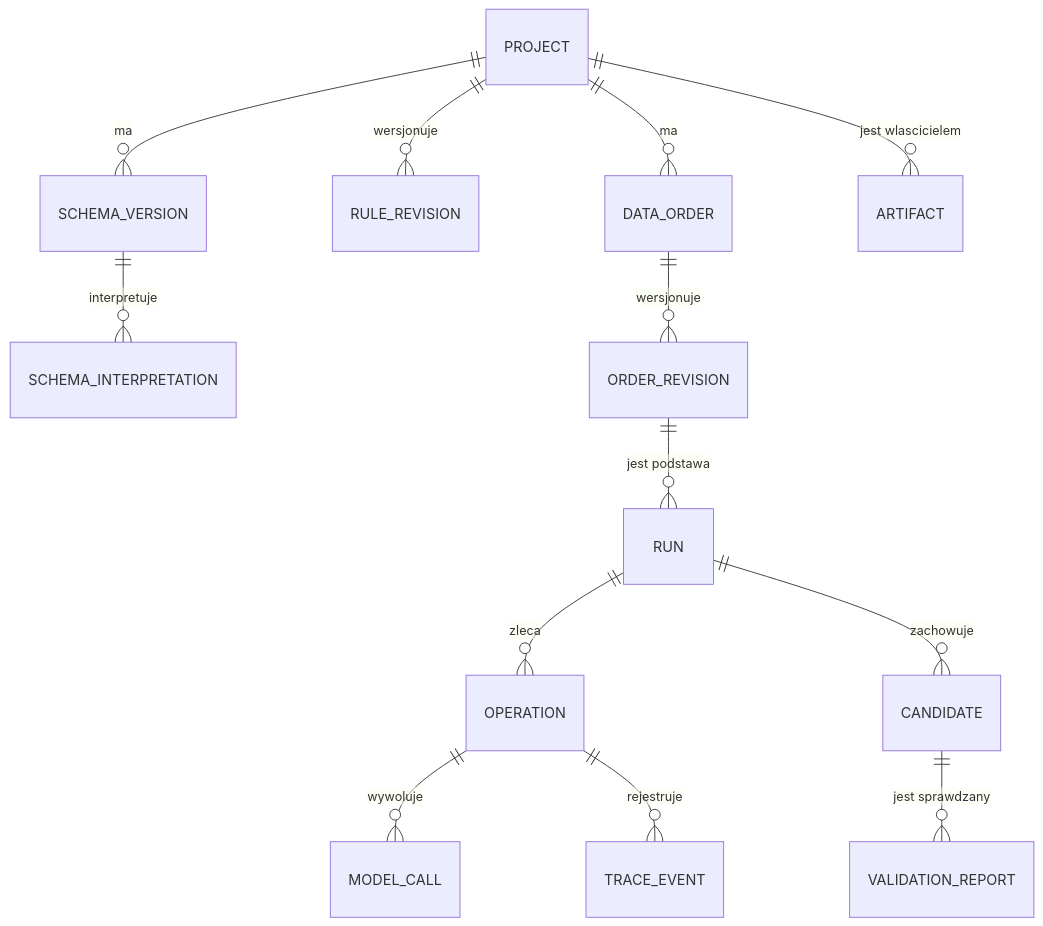
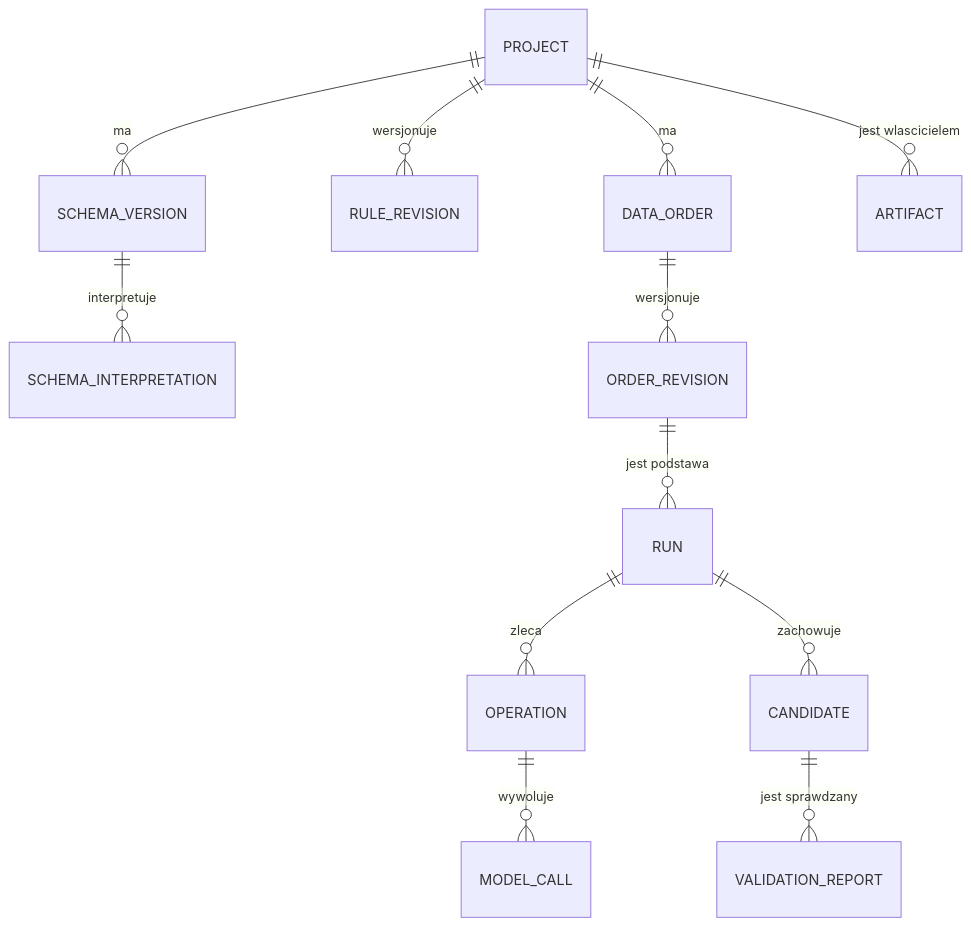
One commit to jwieczor03/mgr-llm-data-generator changed the diagram in docs/lld/model_danych.md. Above: the diagram before and after it, drawn with Mermaid. The commit also changed other lines of this file and 14 other files, not shown here.

````diff
--- a/docs/lld/model_danych.md
+++ b/docs/lld/model_danych.md
@@ -22,15 +26,14 @@
 ```mermaid
 erDiagram
     PROJECT ||--o{ SCHEMA_VERSION : "ma"
     SCHEMA_VERSION ||--o{ SCHEMA_INTERPRETATION : "interpretuje"
     PROJECT ||--o{ RULE_REVISION : "wersjonuje"
     PROJECT ||--o{ DATA_ORDER : "ma"
     DATA_ORDER ||--o{ ORDER_REVISION : "wersjonuje"
     ORDER_REVISION ||--o{ RUN : "jest podstawa"
     RUN ||--o{ OPERATION : "zleca"
     RUN ||--o{ CANDIDATE : "zachowuje"
     CANDIDATE ||--o{ VALIDATION_REPORT : "jest sprawdzany"
     OPERATION ||--o{ MODEL_CALL : "wywoluje"
-    OPERATION ||--o{ TRACE_EVENT : "rejestruje"
     PROJECT ||--o{ ARTIFACT : "jest wlascicielem"
 ```
````
